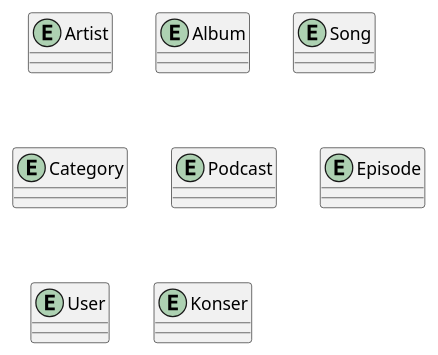
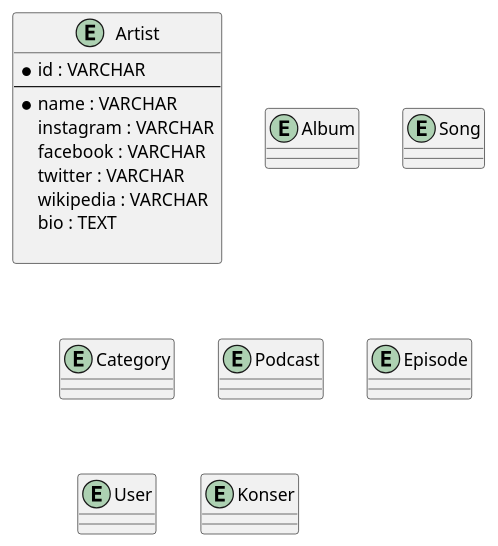
Before and after one commit to bayubagusbagaswara/design-database-spotify-clone: the diagram in src/entity.puml, drawn with PlantUML.

Commit message:
menentukan attribute untuk Artist

```diff
--- a/src/entity.puml
+++ b/src/entity.puml
@@ -1,18 +1,27 @@
 @startuml
 entity Artist {
+    * id : VARCHAR
+    --
+    * name : VARCHAR
+    instagram : VARCHAR
+    facebook : VARCHAR
+    twitter : VARCHAR
+    wikipedia : VARCHAR
+    bio : TEXT
+
 }
 entity Album {
 }
 entity Song {
 }
 entity Category {
 }
 entity Podcast {
 }
 entity Episode {
 }
 entity User{
 }
 entity Konser{
 }
 @enduml
```
